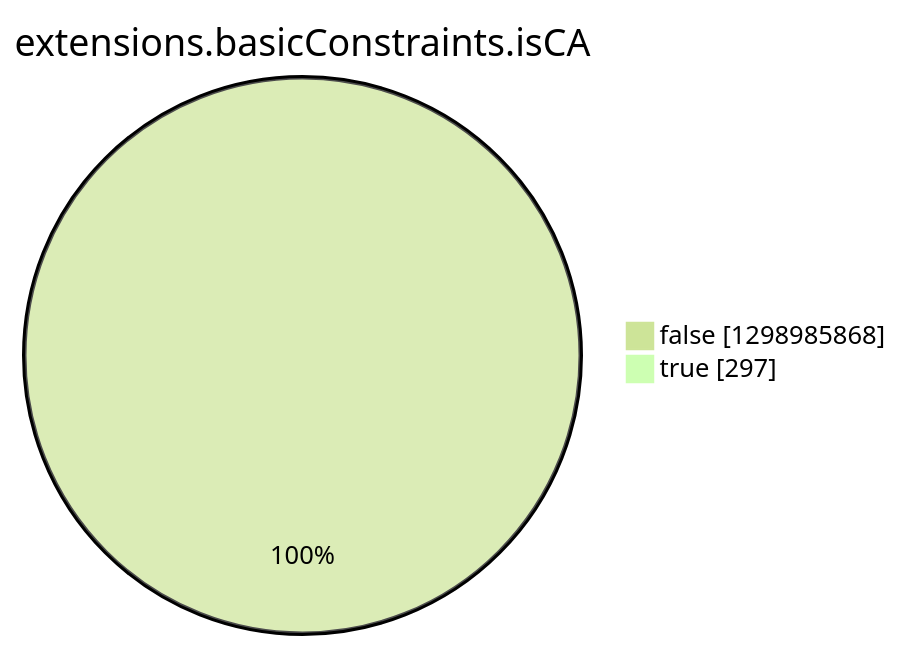
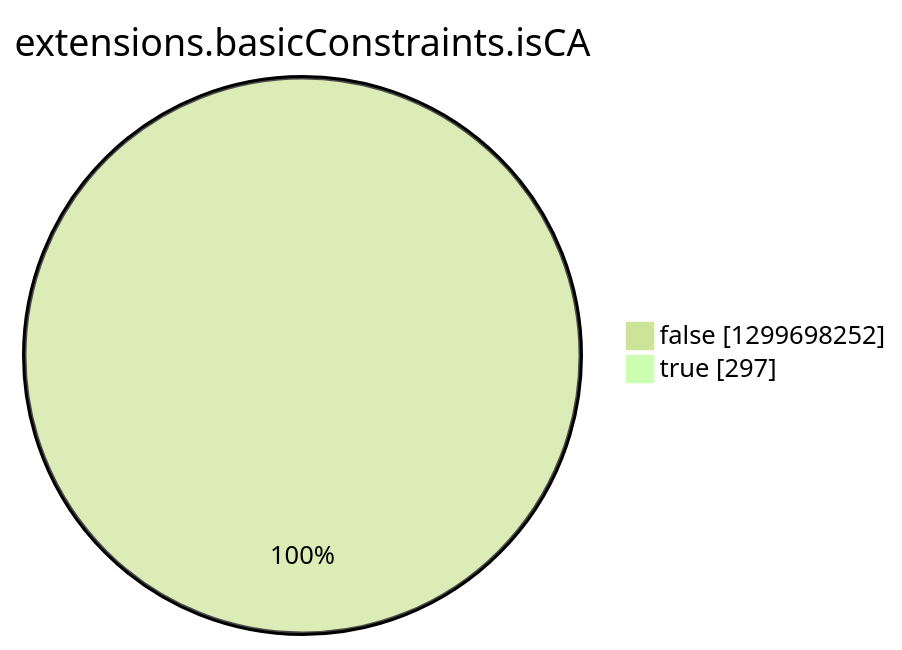
Before and after one commit to christiankrug/ctmonitor_visualization: the eighth of 15 diagrams in argon2022/README.md, drawn with Mermaid (forest theme). The commit also changed other lines of this file, not shown here.

````diff
--- a/argon2022/README.md
+++ b/argon2022/README.md
@@ -2757,6 +2757,6 @@
 ```mermaid
 pie showData
 title extensions.basicConstraints.isCA
-"false" :1298985868
+"false" :1299698252
 "true" :297
 ```
````
